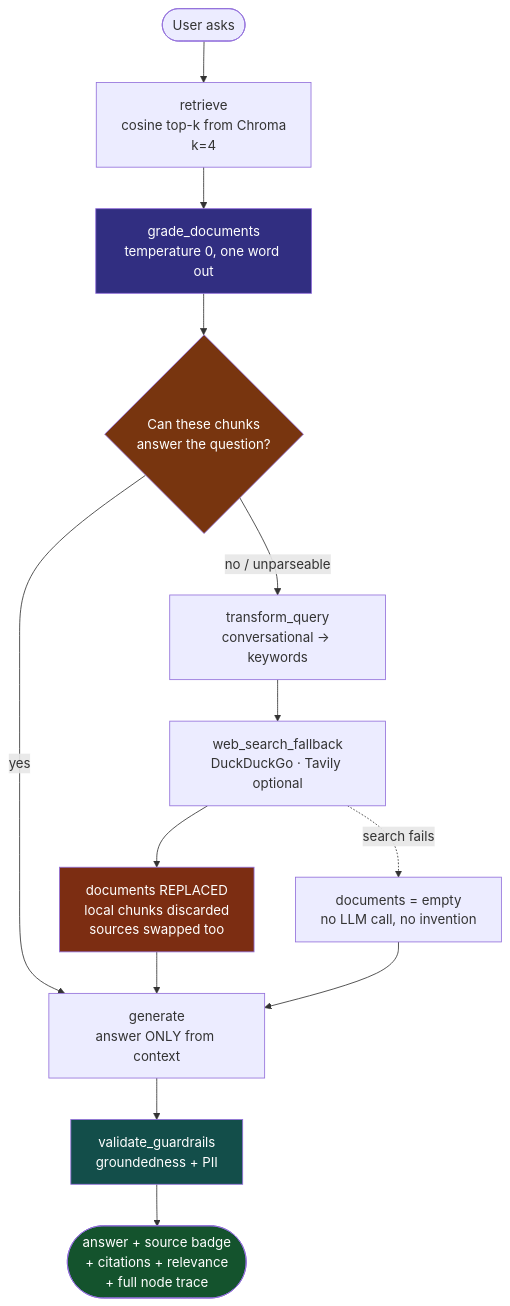
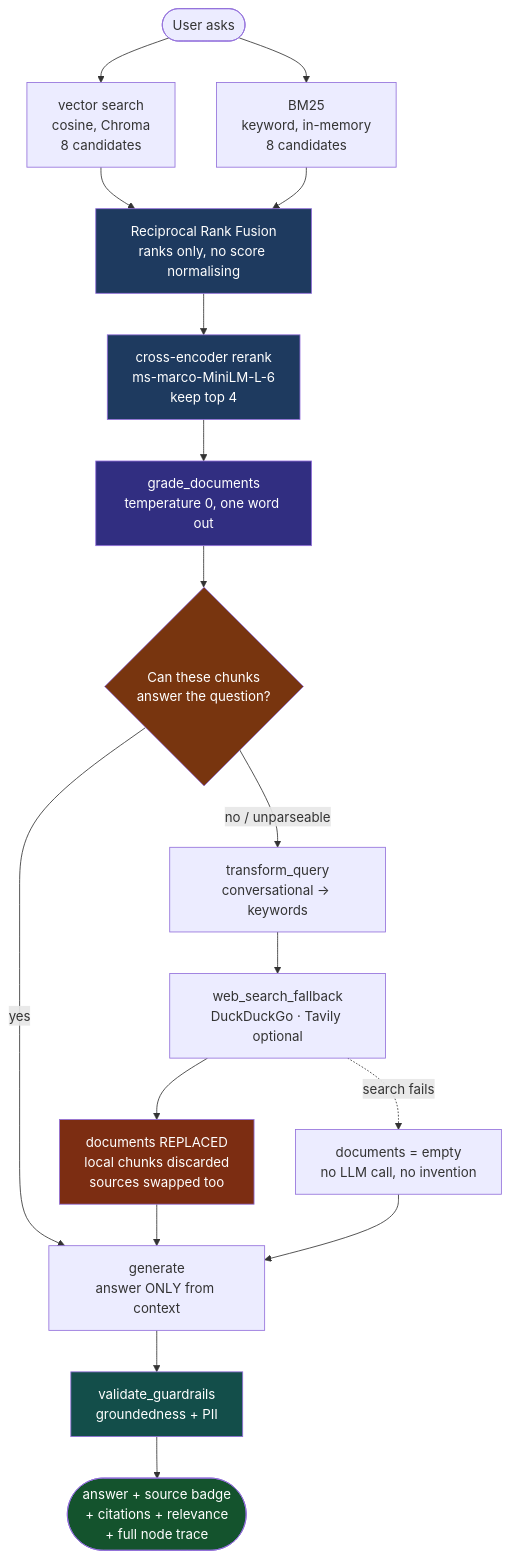
One commit to Nitishjha7/adaptive-crag changed the first of 2 diagrams in docs/PROJECT_WALKTHROUGH.md. Above: the diagram before and after it, drawn with Mermaid. The commit also changed other lines of this file and 3 other files, not shown here.

````diff
--- a/docs/PROJECT_WALKTHROUGH.md
+++ b/docs/PROJECT_WALKTHROUGH.md
@@ -32,27 +32,34 @@
 ```mermaid
 flowchart TD
-    U([User asks]) --> RET[retrieve<br/>cosine top-k from Chroma<br/>k=4]
+    U([User asks]) --> VEC[vector search<br/>cosine, Chroma<br/>8 candidates]
+    U --> BM[BM25<br/>keyword, in-memory<br/>8 candidates]
 
-    RET --> GRADE[grade_documents<br/>temperature 0, one word out]
+    VEC --> RRF[Reciprocal Rank Fusion<br/>ranks only, no score normalising]
+    BM --> RRF
+    RRF --> RR[cross-encoder rerank<br/>ms-marco-MiniLM-L-6<br/>keep top 4]
+
+    RR --> GRADE[grade_documents<br/>temperature 0, one word out]
     GRADE --> DEC{Can these chunks<br/>answer the question?}
 
     DEC -->|yes| GEN
     DEC -->|no / unparseable| TQ[transform_query<br/>conversational → keywords]
 
     TQ --> WEB[web_search_fallback<br/>DuckDuckGo · Tavily optional]
     WEB --> SWAP[documents REPLACED<br/>local chunks discarded<br/>sources swapped too]
     SWAP --> GEN
 
     WEB -.->|search fails| EMPTY[documents = empty<br/>no LLM call, no invention]
     EMPTY --> GEN
 
     GEN[generate<br/>answer ONLY from context] --> VAL[validate_guardrails<br/>groundedness + PII]
 
     VAL --> OUT([answer + source badge<br/>+ citations + relevance<br/>+ full node trace])
 
+    style RRF fill:#1e3a5f,color:#fff
+    style RR fill:#1e3a5f,color:#fff
     style GRADE fill:#312e81,color:#fff
     style DEC fill:#78350f,color:#fff
     style SWAP fill:#7c2d12,color:#fff
     style VAL fill:#134e4a,color:#fff
     style OUT fill:#14532d,color:#fff
 ```
````
